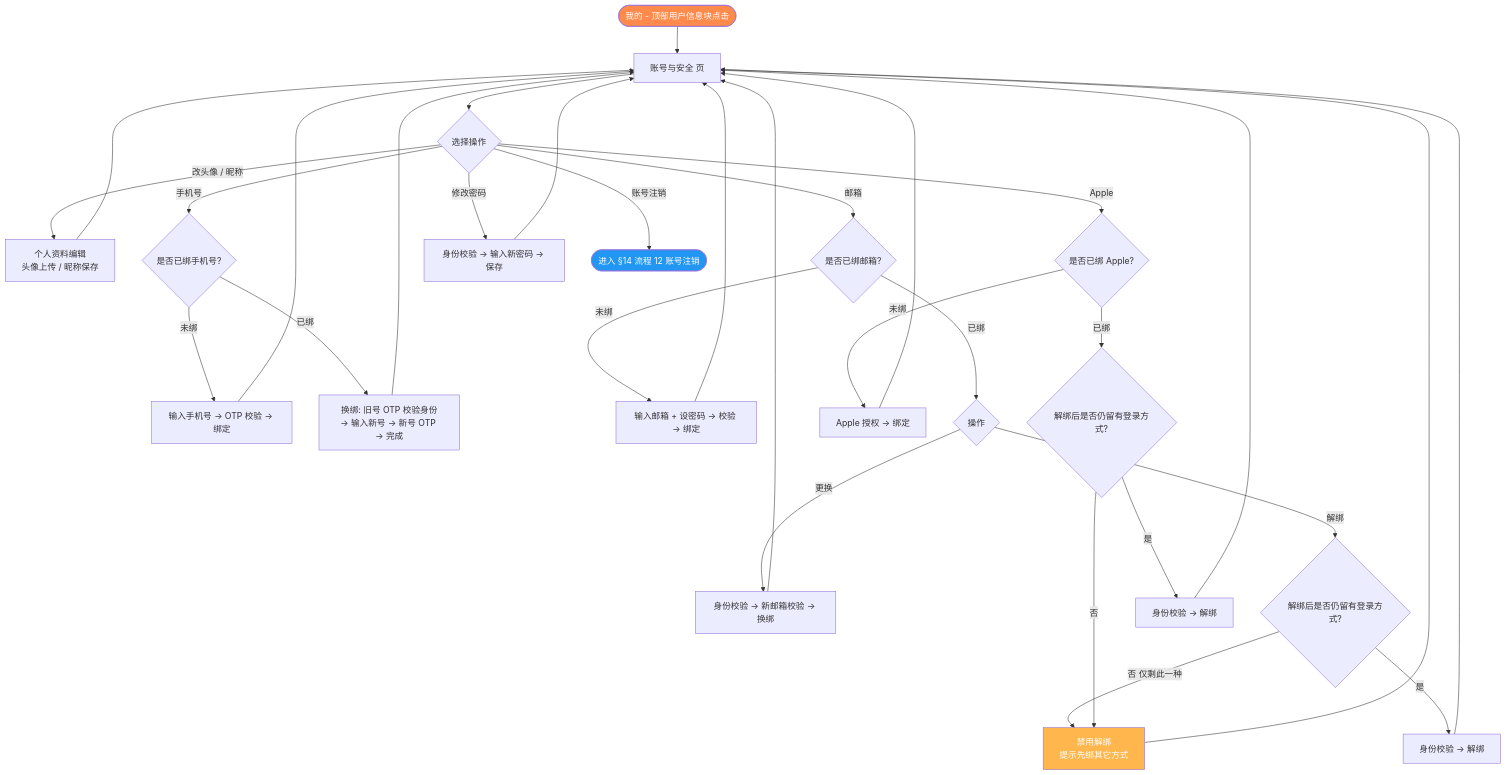
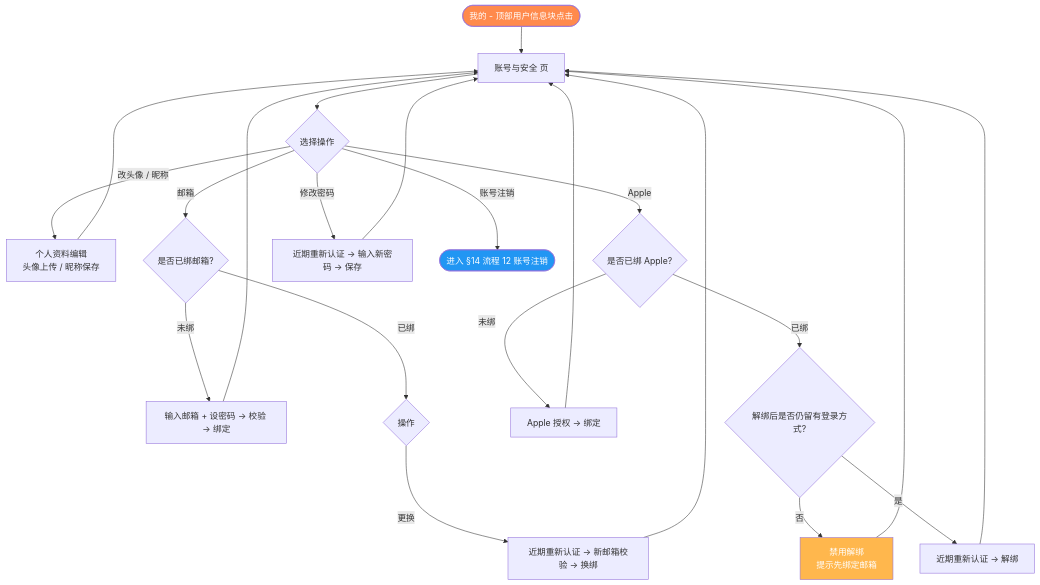
Before and after one commit to raochen0000/HomeBook: diagram 16 of 16 in docs/PRD.md, drawn with Mermaid. The commit also changed other lines of this file and 25 other files, not shown here.

````diff
--- a/docs/PRD.md
+++ b/docs/PRD.md
@@ -1544,44 +1548,34 @@
 ```mermaid
 flowchart TD
     A([我的 - 顶部用户信息块点击]) --> B[账号与安全 页]
     B --> C{选择操作}
 
     C -- 改头像 / 昵称 --> D[个人资料编辑<br/>头像上传 / 昵称保存]
     D --> B
 
-    C -- 手机号 --> P{是否已绑手机号?}
-    P -- 未绑 --> P1[输入手机号 → OTP 校验 → 绑定]
-    P -- 已绑 --> P2[换绑: 旧号 OTP 校验身份<br/>→ 输入新号 → 新号 OTP → 完成]
-
     C -- 邮箱 --> E{是否已绑邮箱?}
     E -- 未绑 --> E1[输入邮箱 + 设密码 → 校验 → 绑定]
     E -- 已绑 --> E2{操作}
-    E2 -- 更换 --> E2a[身份校验 → 新邮箱校验 → 换绑]
-    E2 -- 解绑 --> E2b{解绑后是否仍留有登录方式?}
-    E2b -- 否 仅剩此一种 --> Guard[禁用解绑<br/>提示先绑其它方式]
-    E2b -- 是 --> E2c[身份校验 → 解绑]
+    E2 -- 更换 --> E2a[近期重新认证 → 新邮箱校验 → 换绑]
 
     C -- Apple --> F{是否已绑 Apple?}
     F -- 未绑 --> F1[Apple 授权 → 绑定]
     F -- 已绑 --> F2{解绑后是否仍留有登录方式?}
-    F2 -- 否 --> Guard
-    F2 -- 是 --> F3[身份校验 → 解绑]
+    F2 -- 否 --> Guard[禁用解绑<br/>提示先绑定邮箱]
+    F2 -- 是 --> F3[近期重新认证 → 解绑]
 
-    C -- 修改密码 --> G[身份校验 → 输入新密码 → 保存]
+    C -- 修改密码 --> G[近期重新认证 → 输入新密码 → 保存]
 
     C -- 账号注销 --> H([进入 §14 流程 12 账号注销])
 
-    P1 --> B
-    P2 --> B
     E1 --> B
     E2a --> B
-    E2c --> B
     F1 --> B
     F3 --> B
     G --> B
     Guard --> B
 
     style A fill:#FF8A4C,color:#fff
     style H fill:#2196F3,color:#fff
     style Guard fill:#FFB74D,color:#fff
 ```
````
